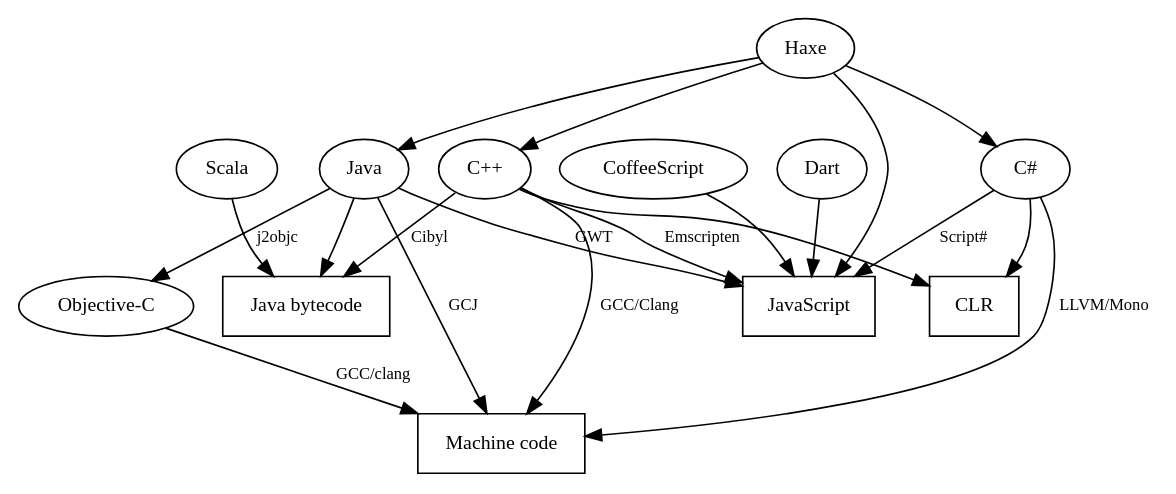
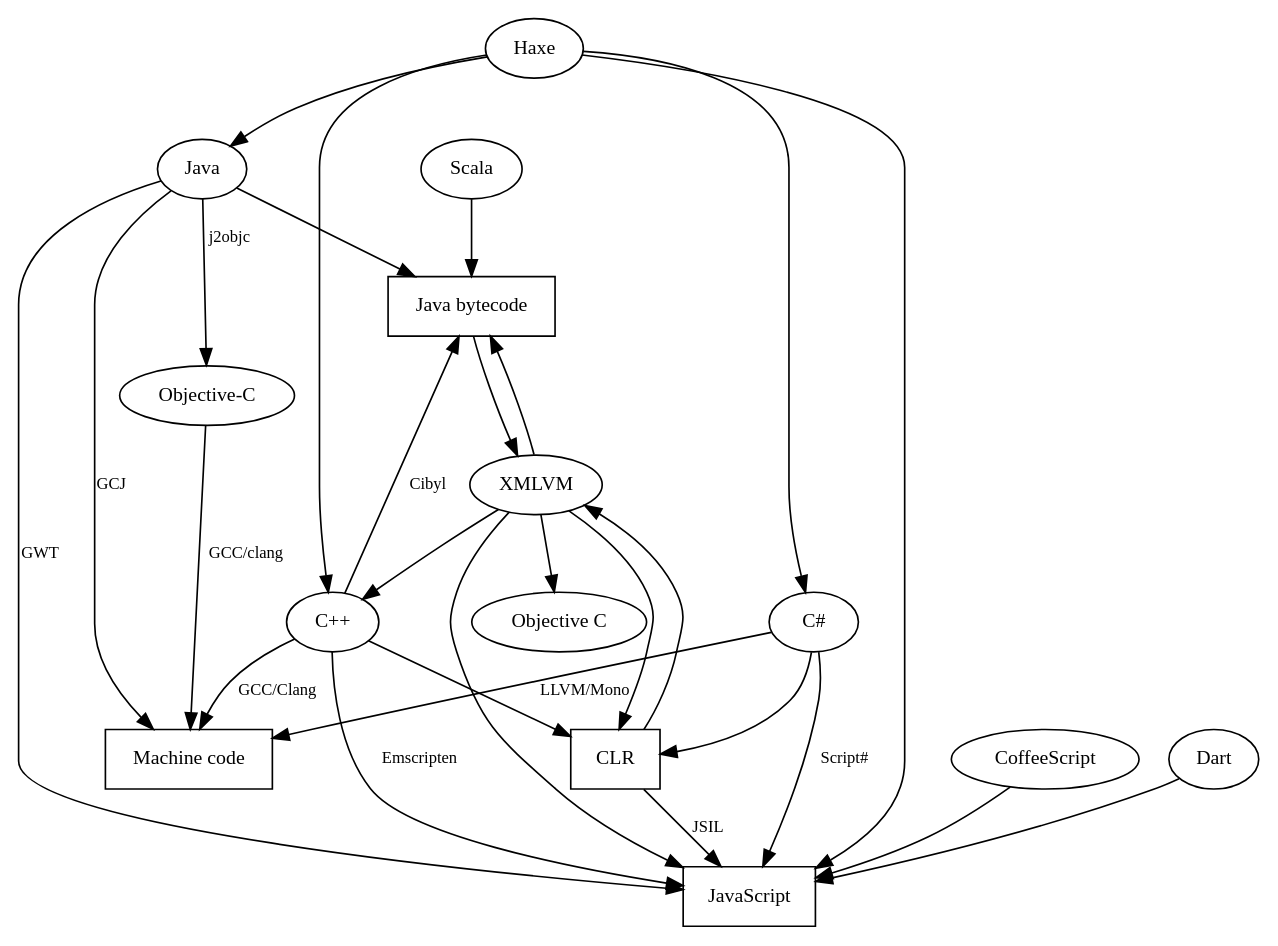
Before and after one commit to vilcans/transcompilation: the diagram in graph.dot, drawn with Graphviz. The commit also changed 1 other file, not shown here.

Commit message:
Added JSIL and XMLVM

```diff
--- a/graph.dot
+++ b/graph.dot
@@ -1,29 +1,40 @@
 digraph Transcompilation {
     edge [fontsize=10];
     node [fontsize=12];
 
     "Java" -> "Java bytecode"
     "Scala" -> "Java bytecode"
     "Java" -> "Machine code" [label="GCJ"]
     "Java" -> "Objective-C" [label="j2objc"]
     "Java" -> "JavaScript" [label="GWT"]
     "C++" -> "Machine code" [label="GCC/Clang"]
     "C++" -> "JavaScript" [label="Emscripten"]
     "C++" -> "Java bytecode" [label="Cibyl"]
     "Objective-C" -> "Machine code" [label="GCC/clang"]
     "CoffeeScript" -> "JavaScript"
     "Dart" -> "JavaScript"
     "Haxe" -> "JavaScript"
     "Haxe" -> "C++"
     "Haxe" -> "Java"
     "Haxe" -> "C#"
     "C#" -> "CLR"
     "C#" -> "Machine code" [label="LLVM/Mono"]
     "C++" -> "CLR"
     "C#" -> "JavaScript" [label="Script#"]
+    "CLR" -> "JavaScript" [label="JSIL"]
+
+    // XMLVM
+    "CLR" -> "XMLVM"
+    "Java bytecode" -> "XMLVM"
+    "XMLVM" -> "CLR"
+    "XMLVM" -> "Java bytecode"
+    "XMLVM" -> "Objective C"
+    "XMLVM" -> "C++"
+    "XMLVM" -> "JavaScript"
+    // JSIL and XMLVM from http://brendaneich.github.com/Strange-Loop-2012/#/44
 
     "Java bytecode" [shape="box"]
     "Machine code" [shape="box"]
     "JavaScript" [shape="box"]
     "CLR" [shape="box"]
 }
```
